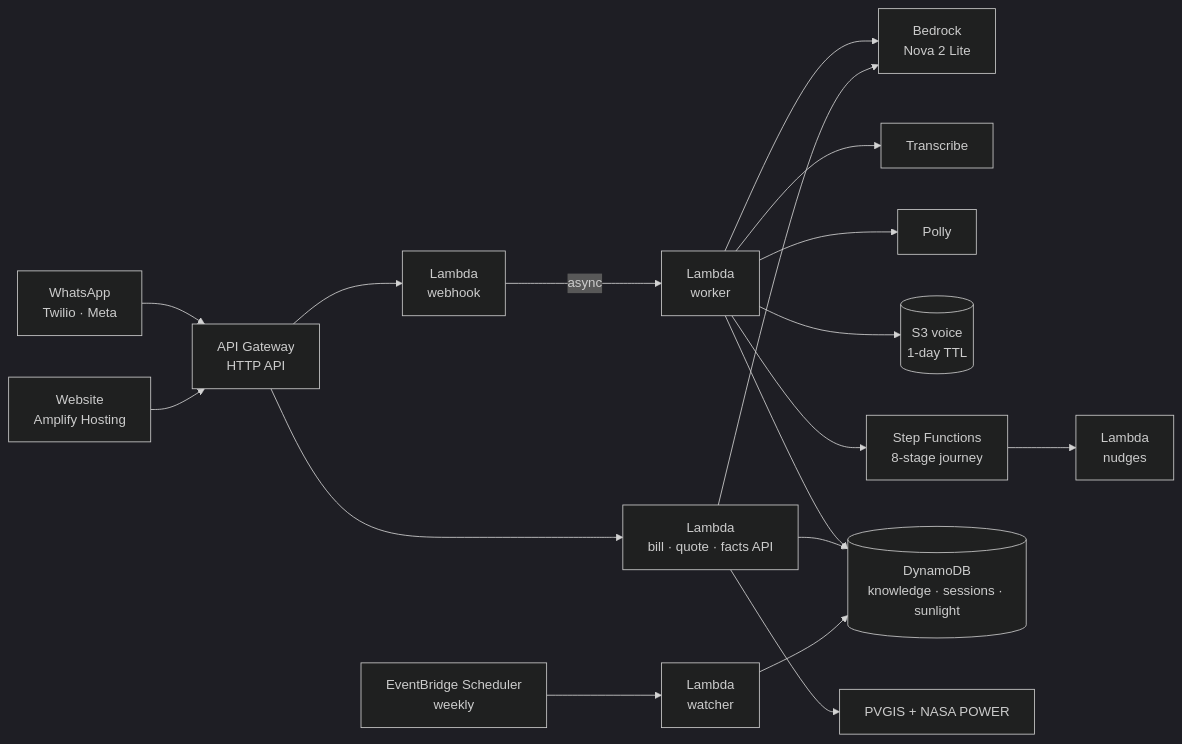
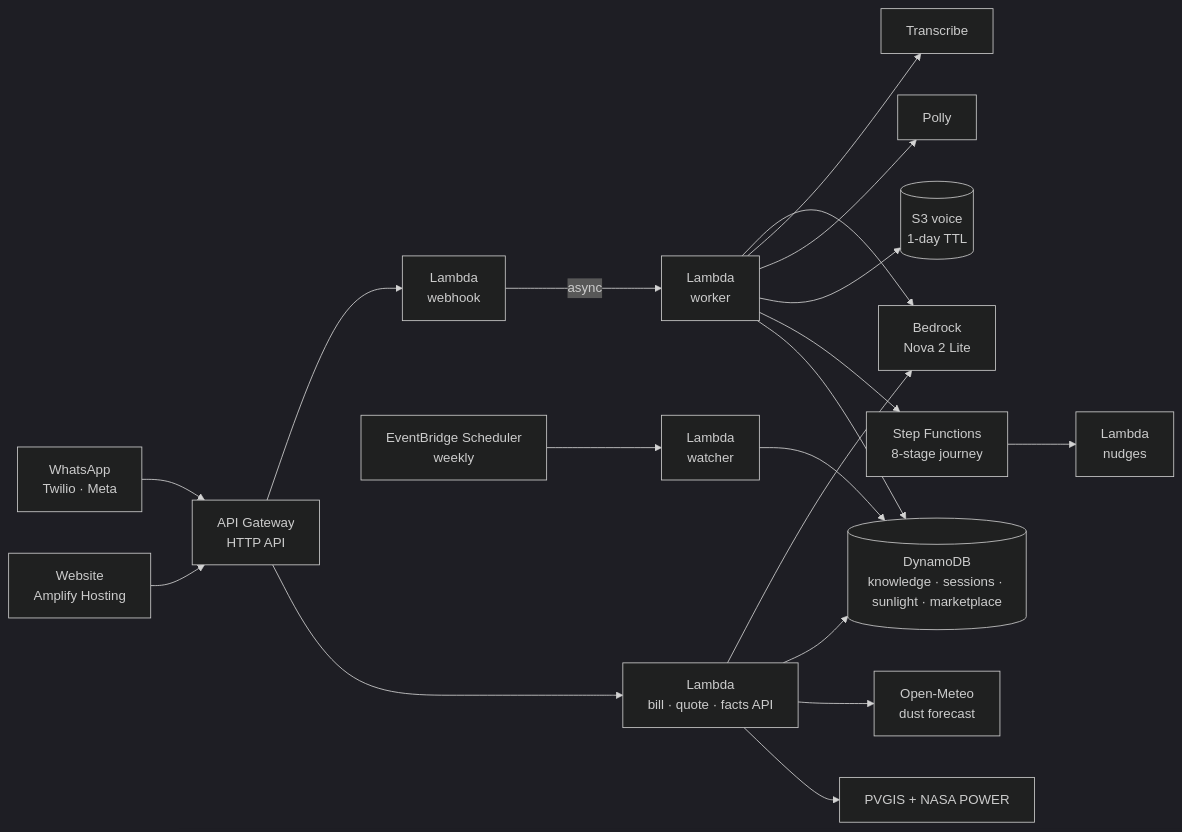
One commit to piyushk-dev/roshni changed the diagram in README.md. Above: the diagram before and after it, drawn with Mermaid (dark theme). The commit also changed other lines of this file and 12 other files, not shown here.

First line of the commit message:
Dust this week: a live forecast picks the day to clean the panels

````diff
--- a/README.md
+++ b/README.md
@@ -56,14 +48,15 @@
 ```mermaid
 flowchart LR
   WA[WhatsApp<br/>Twilio · Meta] --> GW[API Gateway<br/>HTTP API]
   WEB[Website<br/>Amplify Hosting] --> GW
   GW --> HOOK[Lambda<br/>webhook] -->|async| WORK[Lambda<br/>worker]
   GW --> API[Lambda<br/>bill · quote · facts API]
   WORK --> BR[Bedrock<br/>Nova 2 Lite]
   API --> BR
   WORK --> TR[Transcribe] & PO[Polly] & S3[(S3 voice<br/>1-day TTL)]
   WORK --> SF[Step Functions<br/>8-stage journey] --> JL[Lambda<br/>nudges]
-  WORK & API --> DDB[(DynamoDB<br/>knowledge · sessions · sunlight)]
+  WORK & API --> DDB[(DynamoDB<br/>knowledge · sessions · sunlight · marketplace)]
+  API --> AQ[Open-Meteo<br/>dust forecast]
   SCH[EventBridge Scheduler<br/>weekly] --> WATCH[Lambda<br/>watcher] --> DDB
   API --> SUN[PVGIS + NASA POWER]
 ```
````
